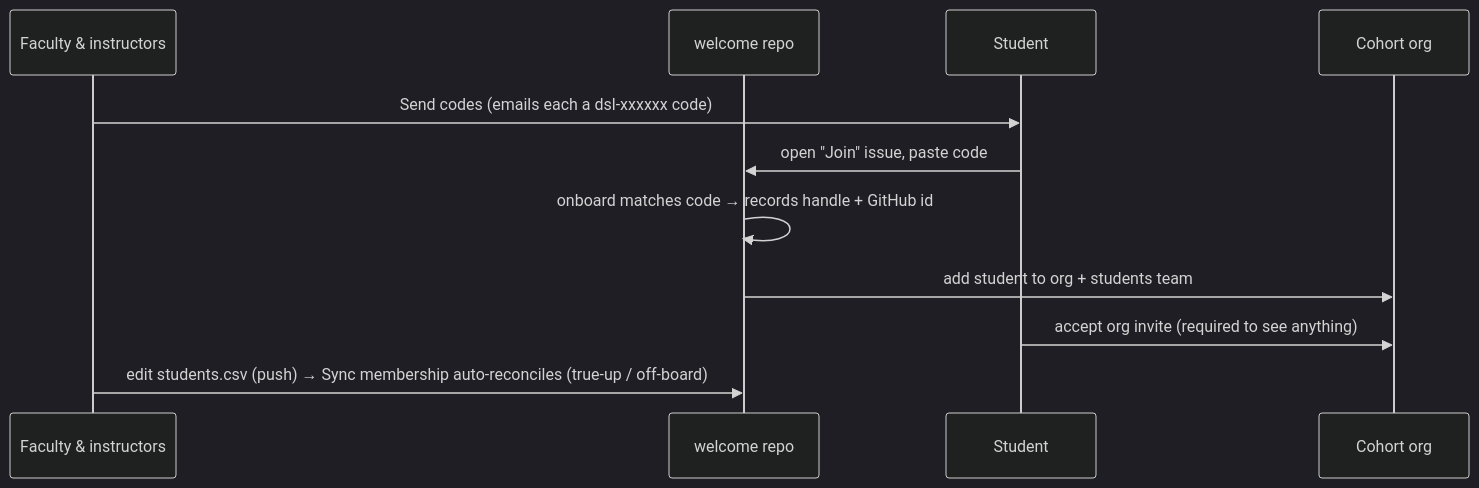
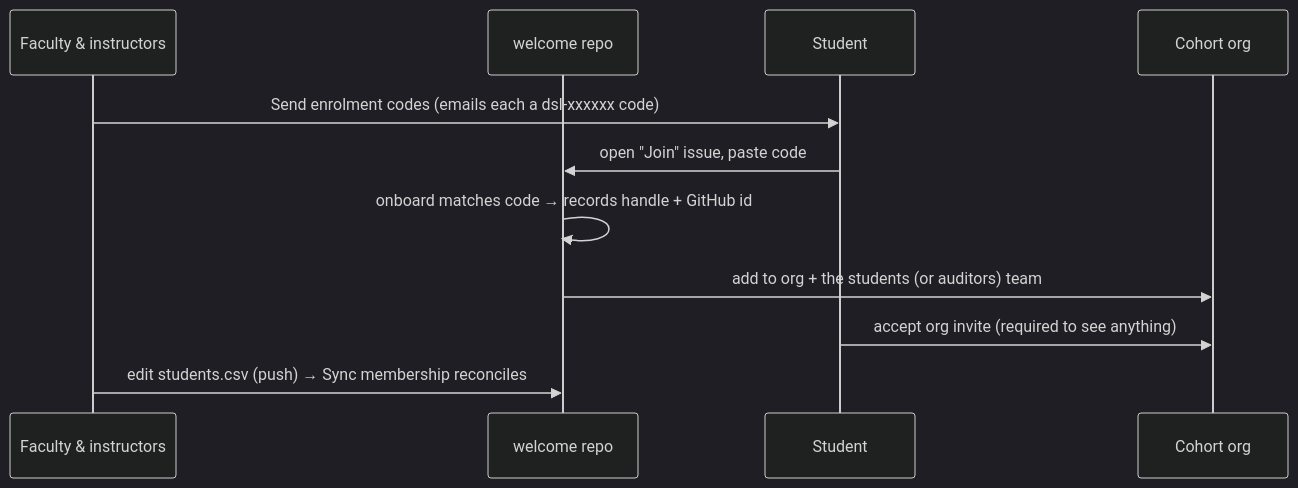
The diagram in docs/faculty-and-instructors/05-enrol-students-to-cohort.md (hertie-data-science-lab/dsl-teaching-course-setup), drawn with Mermaid (dark theme) before and after one commit. The commit also changed other lines of this file and 14 other files, not shown here.

````diff
--- a/docs/faculty-and-instructors/05-enrol-students-to-cohort.md
+++ b/docs/faculty-and-instructors/05-enrol-students-to-cohort.md
@@ -16,13 +16,13 @@
 ```mermaid
 sequenceDiagram
   participant F as Faculty & instructors
   participant W as welcome repo
   participant S as Student
   participant O as Cohort org
-  F->>S: Send codes (emails each a dsl-xxxxxx code)
+  F->>S: Send enrolment codes (emails each a dsl-xxxxxx code)
   S->>W: open "Join" issue, paste code
   W->>W: onboard matches code → records handle + GitHub id
-  W->>O: add student to org + students team
+  W->>O: add to org + the students (or auditors) team
   S->>O: accept org invite (required to see anything)
-  F->>W: edit students.csv (push) → Sync membership auto-reconciles (true-up / off-board)
+  F->>W: edit students.csv (push) → Sync membership reconciles
 ```
````
